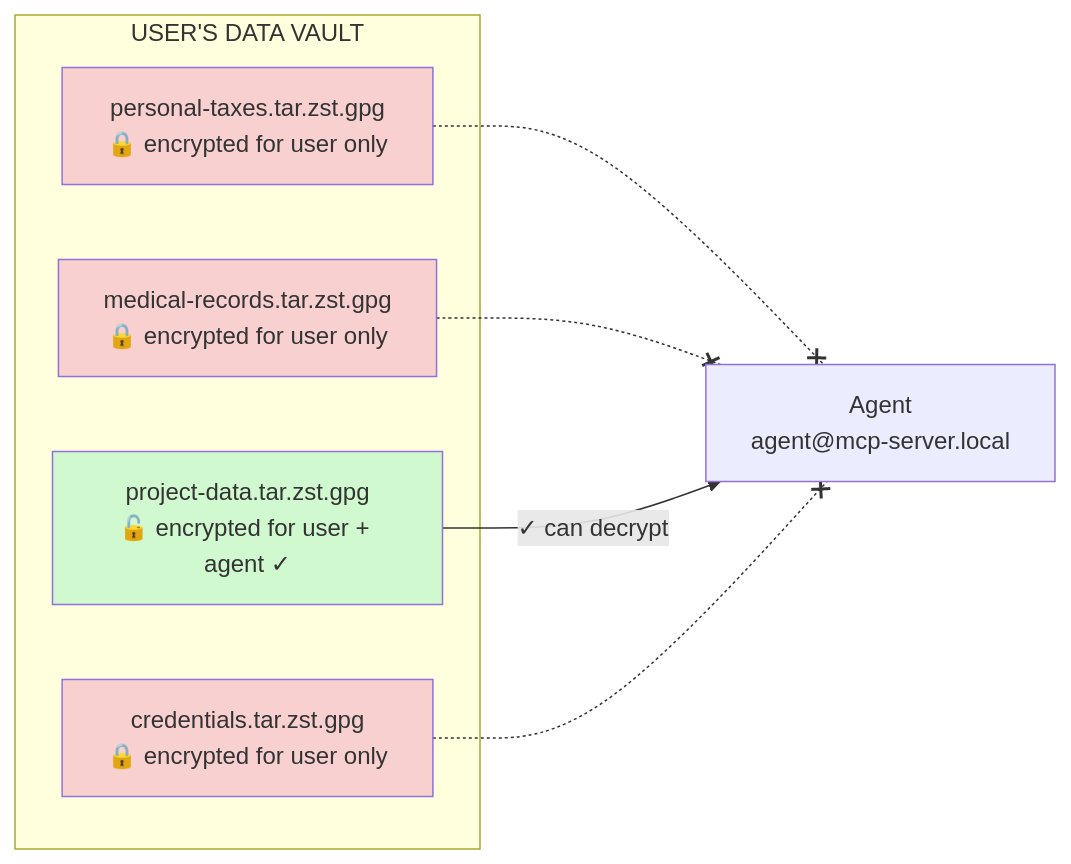
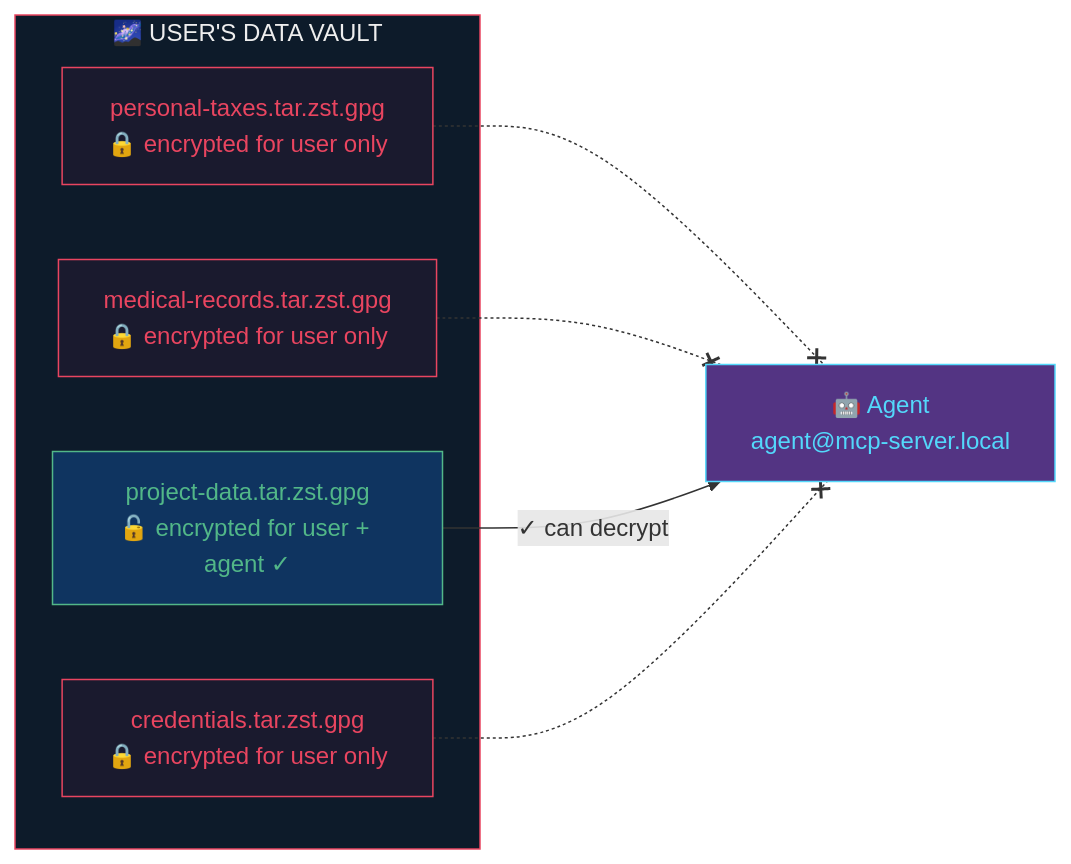
One commit to 8r4n/zstar-mcp-server changed the third of 3 diagrams in README.md. Above: the diagram before and after it, drawn with Mermaid. The commit also changed other lines of this file, not shown here.

Commit message:
docs: galactic Mermaid color scheme, marketing pitch, and updated tagline

````diff
--- a/README.md
+++ b/README.md
@@ -519,21 +545,23 @@
 ```mermaid
 graph LR
-    subgraph vault["USER'S DATA VAULT"]
+    subgraph vault["🌌 USER'S DATA VAULT"]
         A["personal-taxes.tar.zst.gpg<br/>🔒 encrypted for user only"]
         B["medical-records.tar.zst.gpg<br/>🔒 encrypted for user only"]
         C["project-data.tar.zst.gpg<br/>🔓 encrypted for user + agent ✓"]
         D["credentials.tar.zst.gpg<br/>🔒 encrypted for user only"]
     end
 
-    Agent["Agent<br/>agent@mcp-server.local"]
+    Agent["🤖 Agent<br/>agent@mcp-server.local"]
 
     A -.-x Agent
     B -.-x Agent
     C -->|"✓ can decrypt"| Agent
     D -.-x Agent
 
-    style A fill:#f9d0d0
-    style B fill:#f9d0d0
-    style C fill:#d0f9d0
-    style D fill:#f9d0d0
+    style vault fill:#0d1b2a,stroke:#e94560,color:#eee
+    style A fill:#1a1a2e,stroke:#e94560,color:#e94560
+    style B fill:#1a1a2e,stroke:#e94560,color:#e94560
+    style C fill:#0f3460,stroke:#52b788,color:#52b788
+    style D fill:#1a1a2e,stroke:#e94560,color:#e94560
+    style Agent fill:#533483,stroke:#53d8fb,color:#53d8fb
 ```
````
